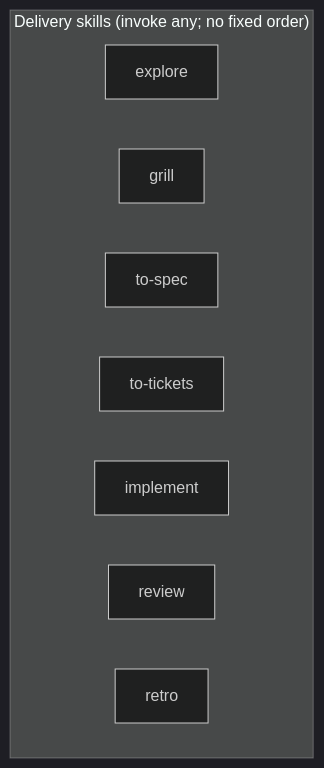
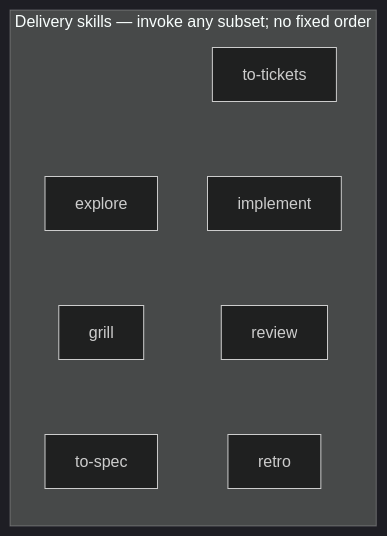
The diagram in docs/skills.md (gaboesquivel/flow-skills), drawn with Mermaid (dark theme) before and after one commit. The commit also changed 7 other files, not shown here.

````diff
--- a/docs/skills.md
+++ b/docs/skills.md
@@ -17,12 +17,8 @@
 ```mermaid
-flowchart TB
-  subgraph delivery["Delivery skills (invoke any; no fixed order)"]
-    explore
-    grill
-    toSpec[to-spec]
-    toTickets[to-tickets]
-    implement
-    review
-    retro
+flowchart LR
+  subgraph delivery["Delivery skills — invoke any subset; no fixed order"]
+    direction TB
+    explore ~~~ grill ~~~ toSpec[to-spec]
+    toTickets[to-tickets] ~~~ implement ~~~ review ~~~ retro
   end
 ```
````
